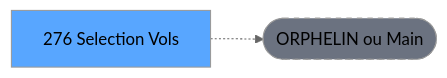
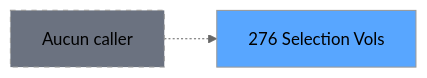
One commit to thonyAGP/magic-migration changed the second of 3 diagrams in .openspec/specs/ADH-IDE-276.md. Above: the diagram before and after it, drawn with Mermaid (neutral theme). The commit also changed other lines of this file and 493 other files, not shown here.

````diff
--- a/.openspec/specs/ADH-IDE-276.md
+++ b/.openspec/specs/ADH-IDE-276.md
@@ -121,8 +266,8 @@
 ```mermaid
 graph LR
-    T[276 Selection Vols]
-    ORPHAN([ORPHELIN ou Main])
-    T -.-> ORPHAN
-    style T fill:#58a6ff,color:#000
-    style ORPHAN fill:#6b7280,stroke-dasharray: 5 5
+    T276[276 Selection Vols]
+    style T276 fill:#58a6ff
+    NONE[Aucun caller]
+    NONE -.-> T276
+    style NONE fill:#6b7280,stroke-dasharray: 5 5
 ```
````
